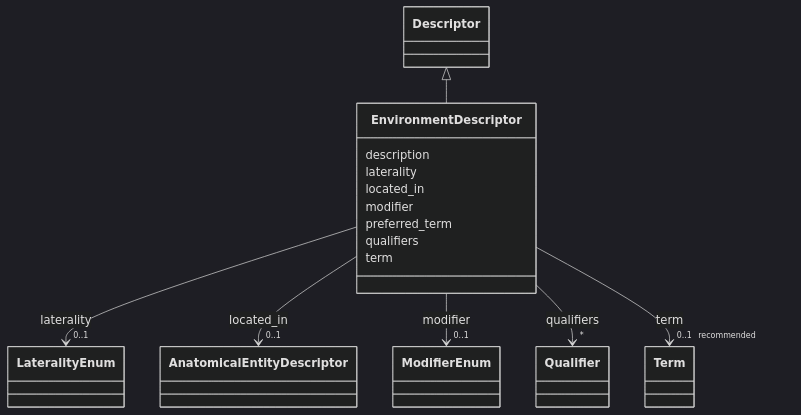
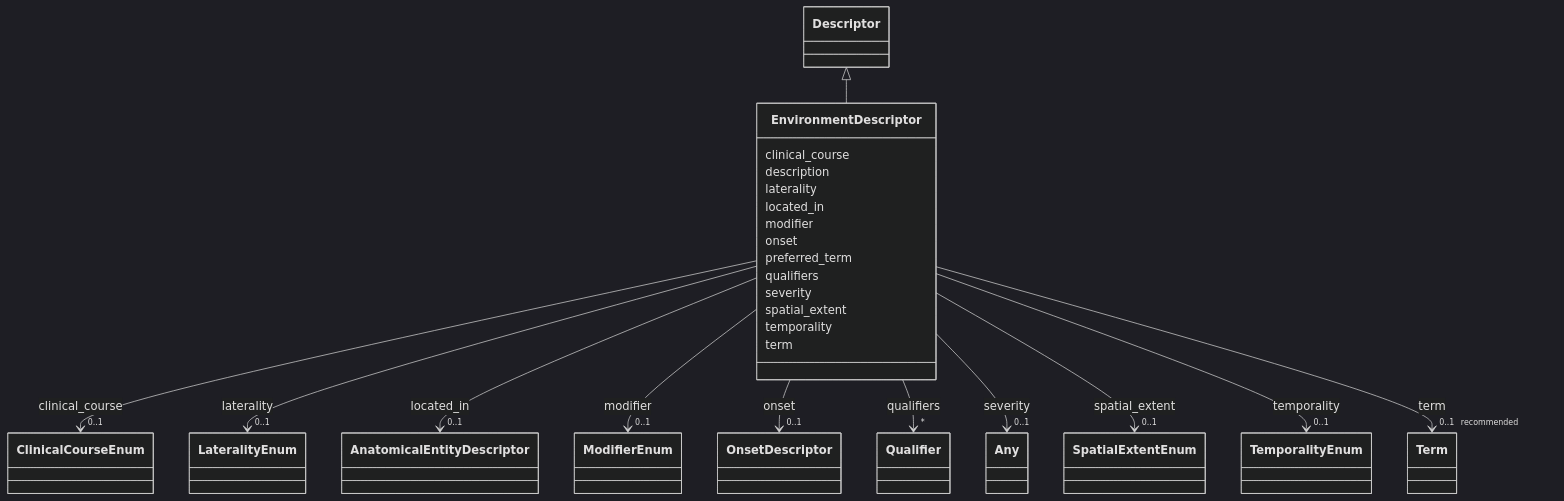
The diagram in docs/schema/classes/EnvironmentDescriptor.md (monarch-initiative/dismech), drawn with Mermaid (dark theme) before and after one commit. The commit also changed other lines of this file and 1343 other files, not shown here.

First line of the commit message:
docs: regenerate schema docs and point design-decisions link at rendered page

```diff
--- a/docs/schema/classes/EnvironmentDescriptor.md
+++ b/docs/schema/classes/EnvironmentDescriptor.md
@@ -22,6 +22,17 @@
       Descriptor <|-- EnvironmentDescriptor
         click Descriptor href "../../classes/Descriptor/"
       
+      EnvironmentDescriptor : clinical_course
+        
+          
+    
+        
+        
+        EnvironmentDescriptor --> "0..1" ClinicalCourseEnum : clinical_course
+        click ClinicalCourseEnum href "../../enums/ClinicalCourseEnum/"
+    
+
+        
       EnvironmentDescriptor : description
         
       EnvironmentDescriptor : laterality
@@ -57,6 +68,17 @@
     
 
         
+      EnvironmentDescriptor : onset
+        
+          
+    
+        
+        
+        EnvironmentDescriptor --> "0..1" OnsetDescriptor : onset
+        click OnsetDescriptor href "../../classes/OnsetDescriptor/"
+    
+
+        
       EnvironmentDescriptor : preferred_term
         
       EnvironmentDescriptor : qualifiers
@@ -67,6 +89,39 @@
         
         EnvironmentDescriptor --> "*" Qualifier : qualifiers
         click Qualifier href "../../classes/Qualifier/"
+    
+
+        
+      EnvironmentDescriptor : severity
+        
+          
+    
+        
+        
+        EnvironmentDescriptor --> "0..1" Any : severity
+        click Any href "../../classes/Any/"
+    
+
+        
+      EnvironmentDescriptor : spatial_extent
+        
+          
+    
+        
+        
+        EnvironmentDescriptor --> "0..1" SpatialExtentEnum : spatial_extent
+        click SpatialExtentEnum href "../../enums/SpatialExtentEnum/"
+    
+
+        
+      EnvironmentDescriptor : temporality
+        
+          
+    
+        
+        
+        EnvironmentDescriptor --> "0..1" TemporalityEnum : temporality
+        click TemporalityEnum href "../../enums/TemporalityEnum/"
     
 
         
```
